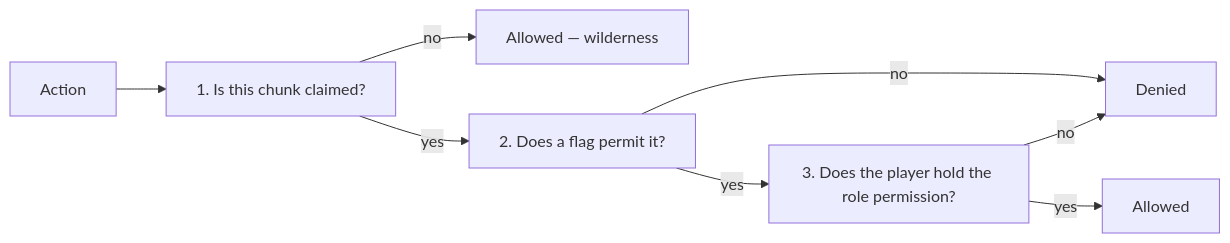
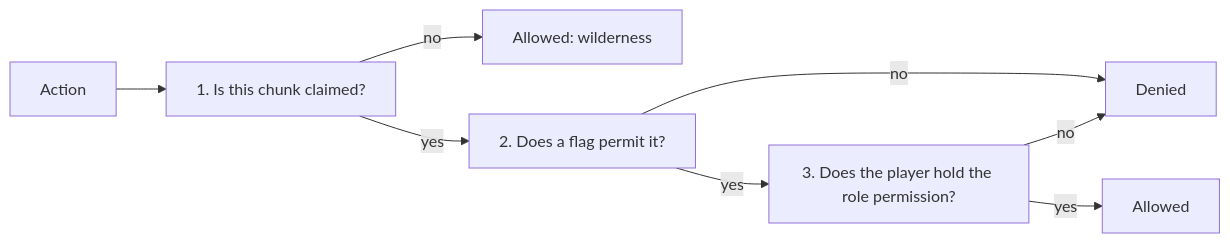
Before and after one commit to UXPLIMA/docs: the diagram in content/minecraft/plugins/uxmclaims/protection/overview.md, drawn with Mermaid. The commit also changed other lines of this file and 186 other files, not shown here.

````diff
--- a/content/minecraft/plugins/uxmclaims/protection/overview.md
+++ b/content/minecraft/plugins/uxmclaims/protection/overview.md
@@ -10,10 +10,10 @@
 ```mermaid
 flowchart LR
     A[Action] --> B[1. Is this chunk claimed?]
-    B -- no --> Z[Allowed — wilderness]
+    B -- no --> Z[Allowed: wilderness]
     B -- yes --> C[2. Does a flag permit it?]
     C -- no --> D[Denied]
     C -- yes --> E[3. Does the player hold the role permission?]
     E -- no --> D
     E -- yes --> Z2[Allowed]
 ```
````
